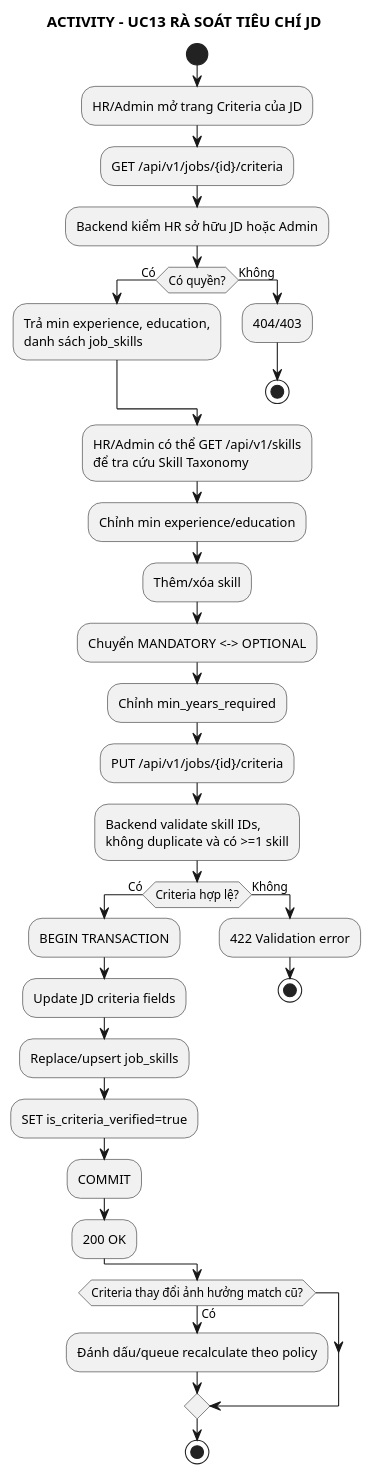
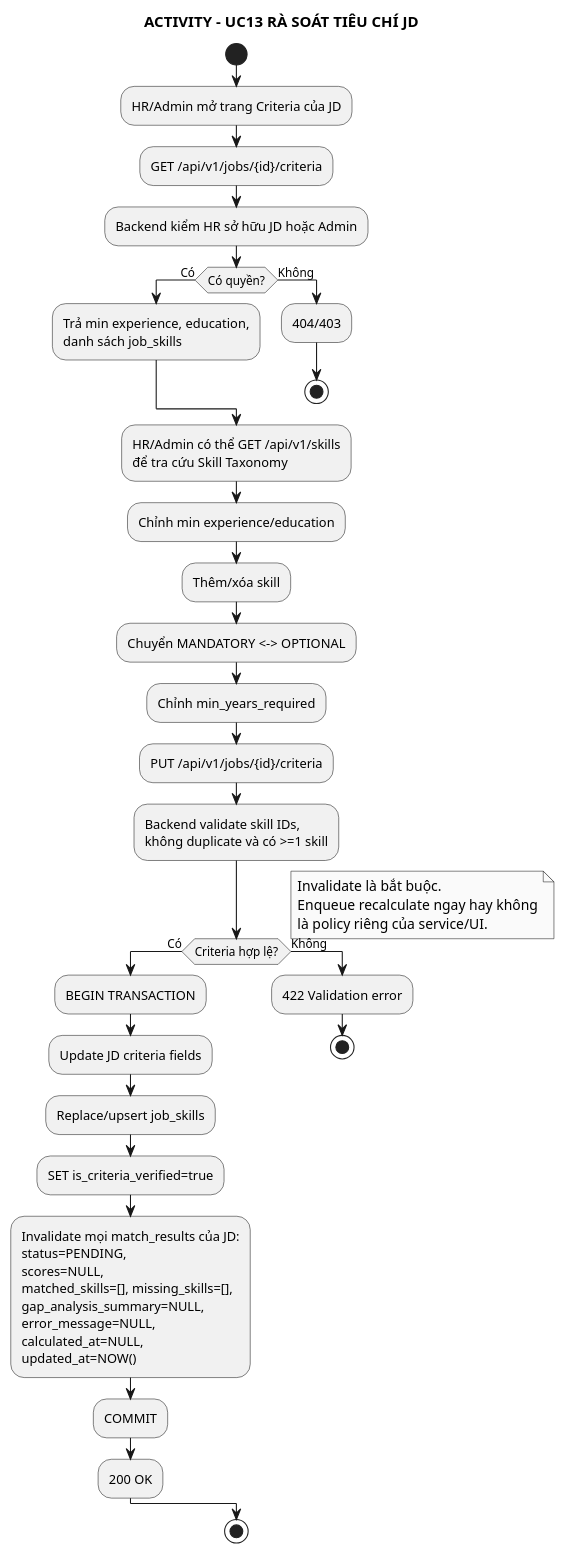
One commit to anh632k-ui/WebCVUngVienTuyenDung changed the diagram in docs/03_activity/act_uc13_review_job_criteria.puml. Above: the diagram before and after it, drawn with PlantUML.

Commit message:
fix(pttk): make criteria changes invalidate matches deterministically

```diff
--- a/docs/03_activity/act_uc13_review_job_criteria.puml
+++ b/docs/03_activity/act_uc13_review_job_criteria.puml
@@ -1,44 +1,54 @@
 @startuml
 skinparam monochrome true
 skinparam shadowing false
 
 title ACTIVITY - UC13 RÀ SOÁT TIÊU CHÍ JD
 
 start
 :HR/Admin mở trang Criteria của JD;
 :GET /api/v1/jobs/{id}/criteria;
 :Backend kiểm HR sở hữu JD hoặc Admin;
 if (Có quyền?) then (Có)
   :Trả min experience, education,
   danh sách job_skills;
 else (Không)
   :404/403;
   stop
 endif
 
 :HR/Admin có thể GET /api/v1/skills
 để tra cứu Skill Taxonomy;
 :Chỉnh min experience/education;
 :Thêm/xóa skill;
 :Chuyển MANDATORY <-> OPTIONAL;
 :Chỉnh min_years_required;
 :PUT /api/v1/jobs/{id}/criteria;
 :Backend validate skill IDs,
 không duplicate và có >=1 skill;
 if (Criteria hợp lệ?) then (Có)
   :BEGIN TRANSACTION;
   :Update JD criteria fields;
   :Replace/upsert job_skills;
   :SET is_criteria_verified=true;
+  :Invalidate mọi match_results của JD:
+  status=PENDING,
+  scores=NULL,
+  matched_skills=[], missing_skills=[],
+  gap_analysis_summary=NULL,
+  error_message=NULL,
+  calculated_at=NULL,
+  updated_at=NOW();
   :COMMIT;
   :200 OK;
 else (Không)
   :422 Validation error;
   stop
 endif
 
-if (Criteria thay đổi ảnh hưởng match cũ?) then (Có)
-  :Đánh dấu/queue recalculate theo policy;
-endif
+note right
+  Invalidate là bắt buộc.
+  Enqueue recalculate ngay hay không
+  là policy riêng của service/UI.
+end note
 stop
 @enduml
```
